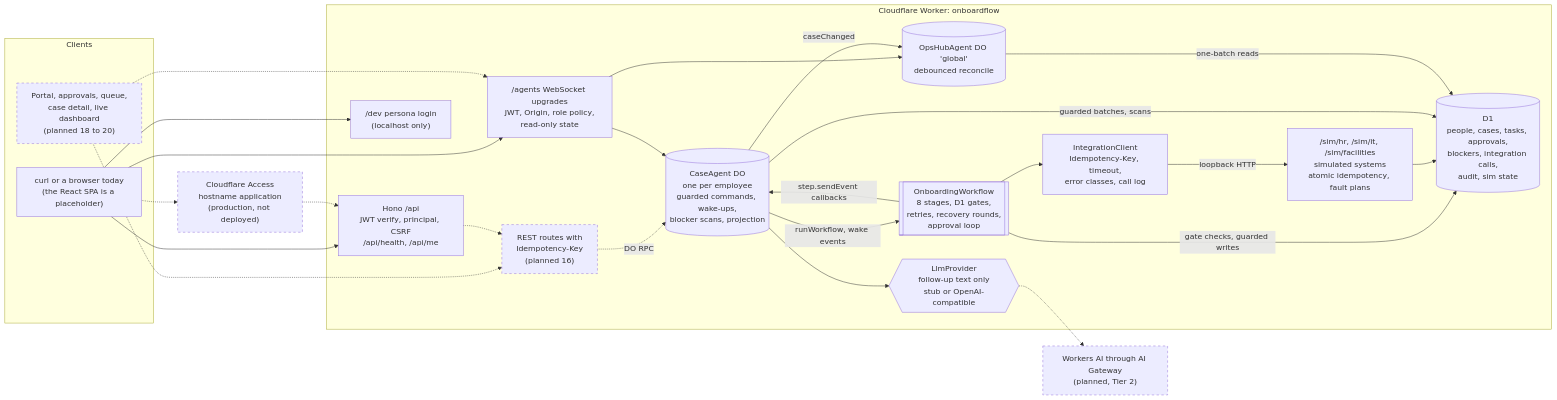
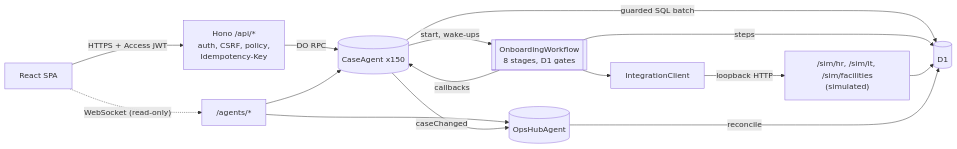
The diagram in README.md (nitishsjsucs/onboardflow), drawn with Mermaid before and after one commit. The commit also changed other lines of this file and 11 other files, not shown here.

First line of the commit message:
docs: README with architecture, local setup, deploy, local vs production matrix; CONTEXT.md and ADRs 0001 to 0008

````diff
--- a/README.md
+++ b/README.md
@@ -82,50 +21,15 @@
 ```mermaid
 flowchart LR
-  subgraph Clients
-    CLI["curl or a browser today<br/>(the React SPA is a placeholder)"]
-    PAGES["Portal, approvals, queue,<br/>case detail, live dashboard<br/>(planned 18 to 20)"]
-  end
-
-  ACC["Cloudflare Access<br/>hostname application<br/>(production, not deployed)"]
-
-  subgraph Worker["Cloudflare Worker: onboardflow"]
-    API["Hono /api<br/>JWT verify, principal, CSRF<br/>/api/health, /api/me"]
-    DEV["/dev persona login<br/>(localhost only)"]
-    REST["REST routes with<br/>Idempotency-Key<br/>(planned 16)"]
-    WS["/agents WebSocket upgrades<br/>JWT, Origin, role policy,<br/>read-only state"]
-    CA[("CaseAgent DO<br/>one per employee<br/>guarded commands, wake-ups,<br/>blocker scans, projection")]
-    HUB[("OpsHubAgent DO 'global'<br/>debounced reconcile")]
-    WF[["OnboardingWorkflow<br/>8 stages, D1 gates,<br/>retries, recovery rounds,<br/>approval loop"]]
-    IC["IntegrationClient<br/>Idempotency-Key, timeout,<br/>error classes, call log"]
-    SIM["/sim/hr, /sim/it, /sim/facilities<br/>simulated systems<br/>atomic idempotency, fault plans"]
-    LLM{{"LlmProvider<br/>follow-up text only<br/>stub or OpenAI-compatible"}}
-    D1[("D1<br/>people, cases, tasks, approvals,<br/>blockers, integration calls,<br/>audit, sim state")]
-  end
-
-  WAI["Workers AI through AI Gateway<br/>(planned, Tier 2)"]
-
-  CLI --> DEV
-  CLI --> API
-  CLI --> WS
-  CLI -.-> ACC -.-> API
-  PAGES -.-> REST
-  PAGES -.-> WS
-  API -.-> REST
-  REST -.->|DO RPC| CA
-  WS --> CA
-  WS --> HUB
-  CA -->|runWorkflow, wake events| WF
-  WF -->|step.sendEvent callbacks| CA
-  WF -->|gate checks, guarded writes| D1
-  WF --> IC
-  IC -->|loopback HTTP| SIM
+  SPA["React SPA"] -->|HTTPS + Access JWT| API["Hono /api/*<br/>auth, CSRF, policy,<br/>Idempotency-Key"]
+  SPA -. "WebSocket (read-only)" .-> AR["/agents/*"]
+  API -->|DO RPC| CA[("CaseAgent x150")]
+  AR --> CA
+  AR --> HUB[("OpsHubAgent")]
+  CA -->|guarded SQL batch| D1[("D1")]
+  CA -->|start, wake-ups| WF[["OnboardingWorkflow<br/>8 stages, D1 gates"]]
+  WF -->|callbacks| CA
+  WF -->|steps| D1
+  WF --> IC["IntegrationClient"] -->|loopback HTTP| SIM["/sim/hr, /sim/it, /sim/facilities<br/>(simulated)"]
   SIM --> D1
-  CA -->|guarded batches, scans| D1
-  CA -->|caseChanged| HUB
-  HUB -->|one-batch reads| D1
-  CA --> LLM
-  LLM -.-> WAI
-
-  classDef planned stroke-dasharray: 5 5
-  class PAGES,ACC,REST,WAI planned
+  CA -->|caseChanged| HUB -->|reconcile| D1
 ```
````
